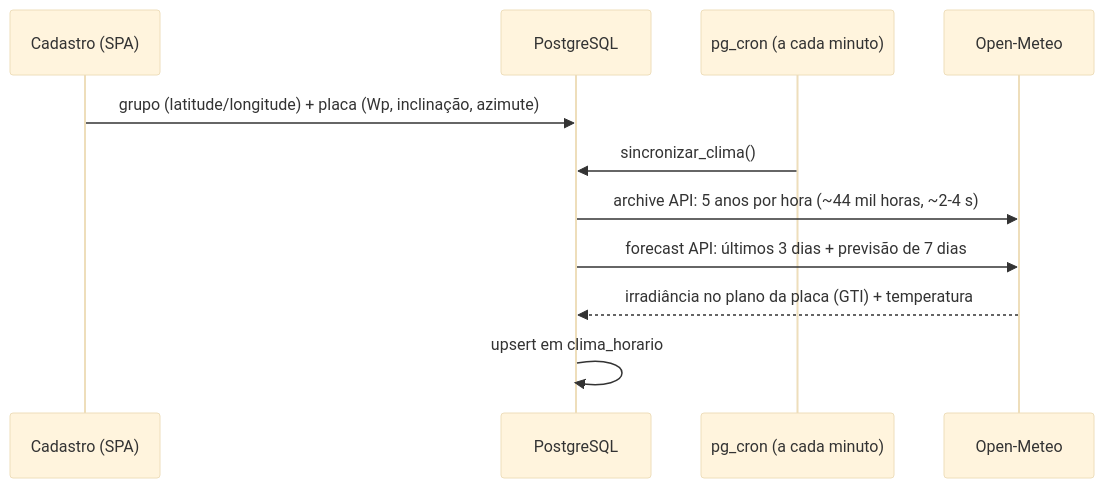
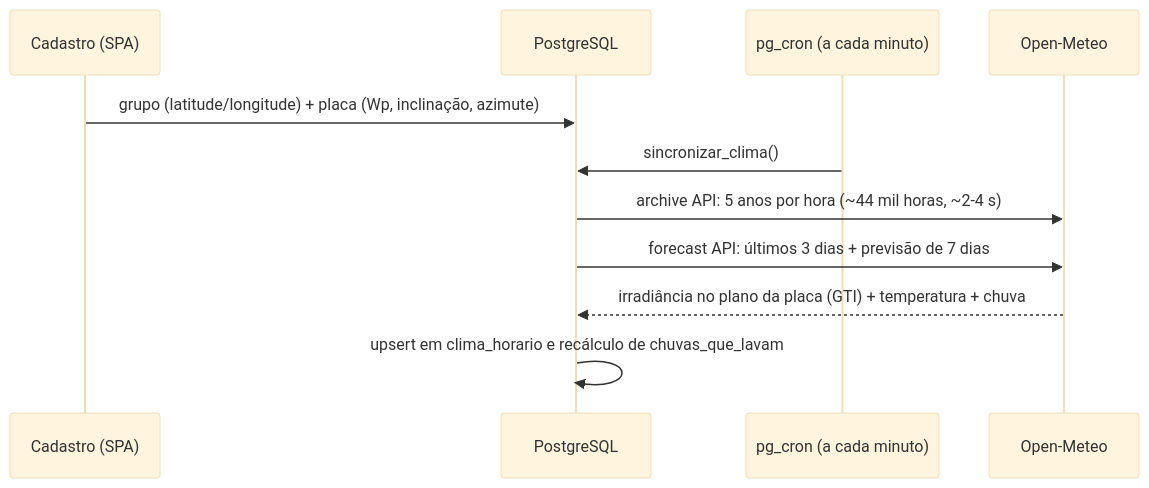
The fourth of 4 diagrams in docs/ARQUITETURA.md (danieltanjos/SolarVision), drawn with Mermaid (base theme) before and after one commit. The commit also changed other lines of this file and 7 other files, not shown here.

````diff
--- a/docs/ARQUITETURA.md
+++ b/docs/ARQUITETURA.md
@@ -150,14 +155,14 @@
 ```mermaid
 sequenceDiagram
     participant U as Cadastro (SPA)
     participant DB as PostgreSQL
     participant J as pg_cron (a cada minuto)
     participant M as Open-Meteo
 
     U->>DB: grupo (latitude/longitude) + placa (Wp, inclinação, azimute)
     J->>DB: sincronizar_clima()
     DB->>M: archive API: 5 anos por hora (~44 mil horas, ~2-4 s)
     DB->>M: forecast API: últimos 3 dias + previsão de 7 dias
-    M-->>DB: irradiância no plano da placa (GTI) + temperatura
-    DB->>DB: upsert em clima_horario
+    M-->>DB: irradiância no plano da placa (GTI) + temperatura + chuva
+    DB->>DB: upsert em clima_horario e recálculo de chuvas_que_lavam
 ```
````
